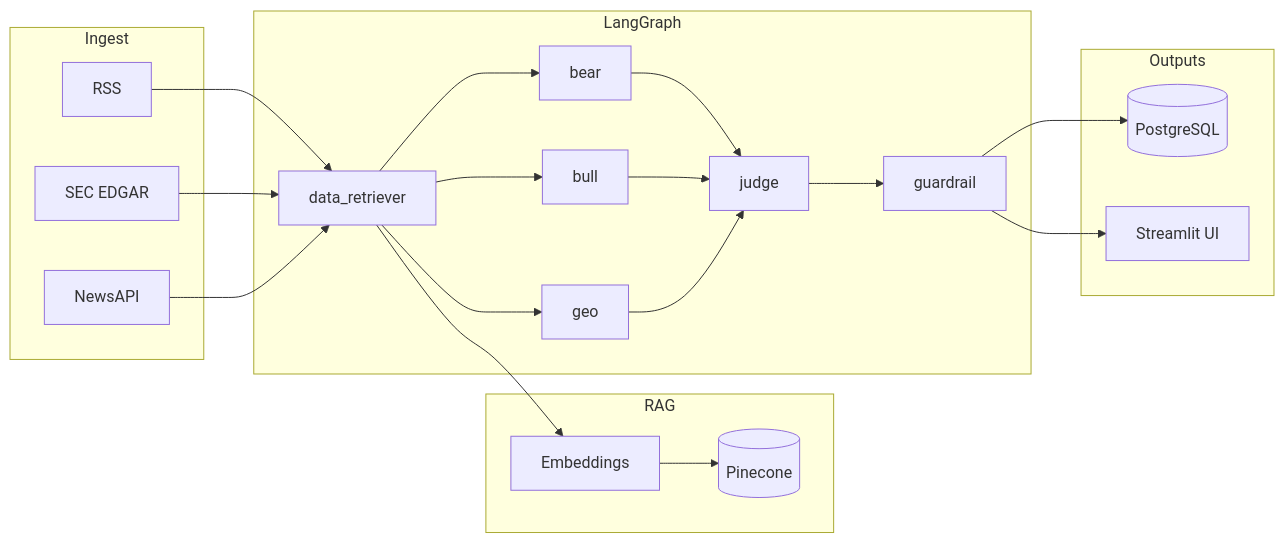
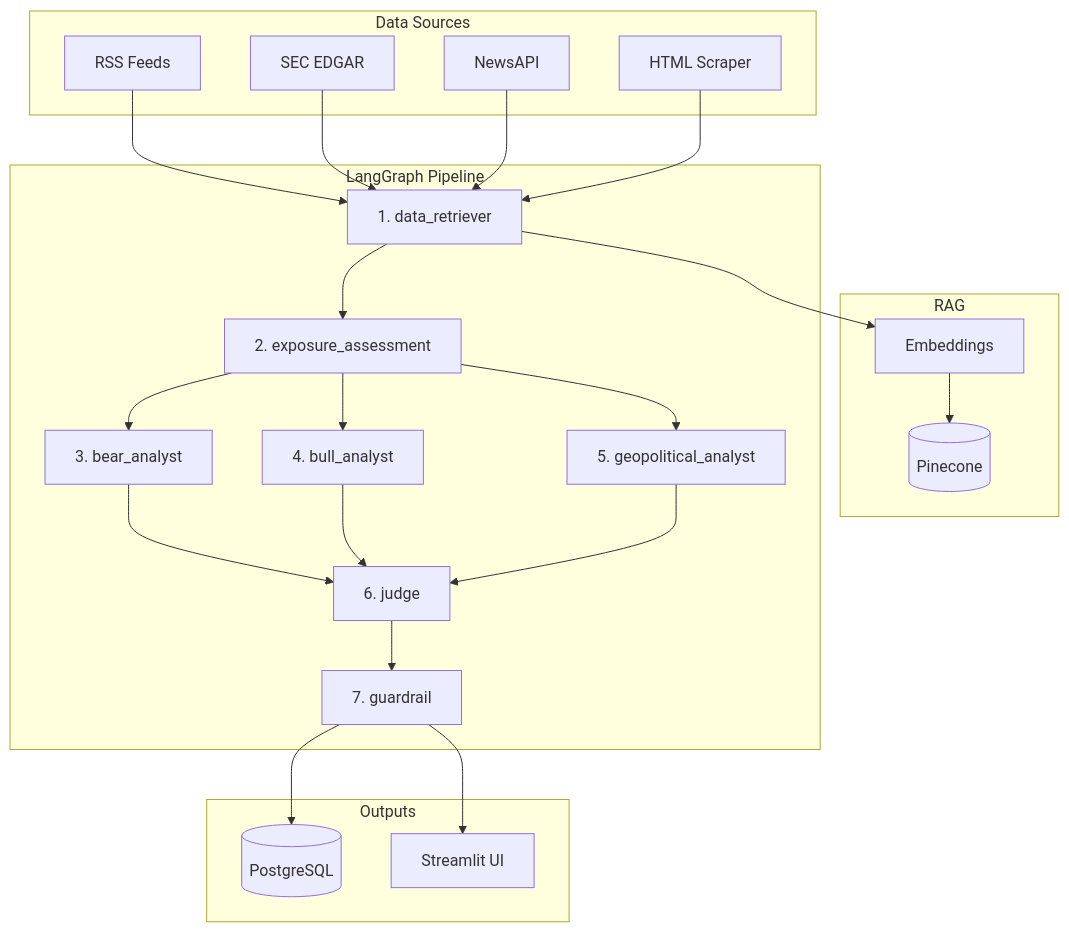
One commit to HrishiPal21/supply-chain-risk-monitor changed the diagram in README.md. Above: the diagram before and after it, drawn with Mermaid. The commit also changed other lines of this file and 18 other files, not shown here.

First line of the commit message:
Complete pipeline: add exposure assessment, HTML scraper, smoke test, and rewrite README

````diff
--- a/README.md
+++ b/README.md
@@ -85,36 +35,38 @@
 ```mermaid
-flowchart LR
-    subgraph ingest["Ingest"]
-        RSS[RSS]
+flowchart TD
+    subgraph ingest["Data Sources"]
+        RSS[RSS Feeds]
         EDGAR[SEC EDGAR]
         NEWS[NewsAPI]
+        HTML[HTML Scraper]
     end
 
     subgraph rag["RAG"]
+        EMB[Embeddings]
         PC[(Pinecone)]
-        EMB[Embeddings]
     end
 
-    subgraph agents["LangGraph"]
-        DR[data_retriever]
-        A1[bear]
-        A2[bull]
-        A3[geo]
-        J[judge]
-        G[guardrail]
+    subgraph pipeline["LangGraph Pipeline"]
+        DR[1. data_retriever]
+        EA[2. exposure_assessment]
+        A1[3. bear_analyst]
+        A2[4. bull_analyst]
+        A3[5. geopolitical_analyst]
+        J[6. judge]
+        G[7. guardrail]
     end
 
     subgraph out["Outputs"]
         PG[(PostgreSQL)]
         UI[Streamlit UI]
     end
 
-    RSS --> DR
-    EDGAR --> DR
-    NEWS --> DR
+    RSS & EDGAR & NEWS & HTML --> DR
     DR --> EMB --> PC
-    DR --> A1 & A2 & A3
-    A1 & A2 & A3 --> J --> G
+    DR --> EA
+    EA --> A1 & A2 & A3
+    A1 & A2 & A3 --> J
+    J --> G
     G --> PG
     G --> UI
 ```
````
